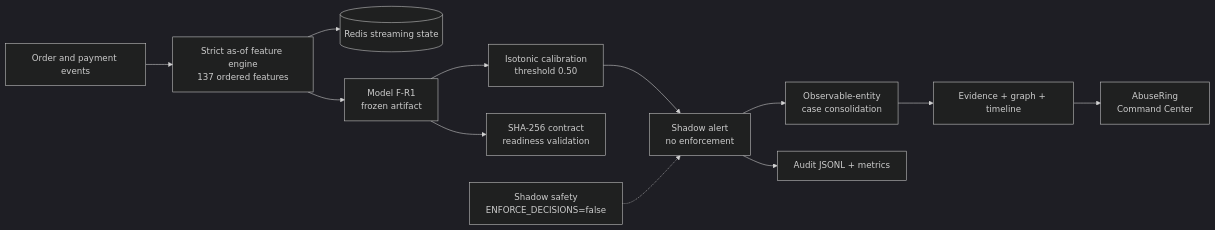
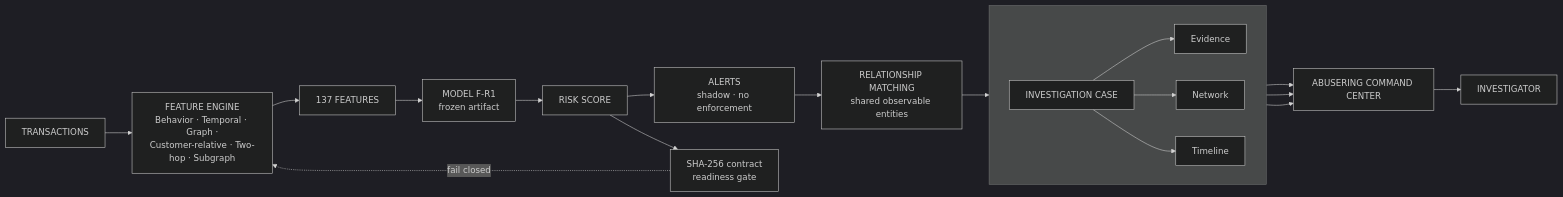
The first of 2 diagrams in ARCHITECTURE_PITCH.md (kg067823/abuse-ring-detector), drawn with Mermaid (dark theme) before and after one commit. The commit also changed other lines of this file and 11 other files, not shown here.

````diff
--- a/ARCHITECTURE_PITCH.md
+++ b/ARCHITECTURE_PITCH.md
@@ -15,14 +15,21 @@
 ```mermaid
 flowchart LR
-    E[Order and payment events] --> F[Strict as-of feature engine\n137 ordered features]
-    F --> R[(Redis streaming state)]
-    F --> M[Model F-R1\nfrozen artifact]
-    M --> C[Isotonic calibration\nthreshold 0.50]
-    C --> A[Shadow alert\nno enforcement]
-    A --> K[Observable-entity\ncase consolidation]
-    K --> X[Evidence + graph + timeline]
-    X --> U[AbuseRing\nCommand Center]
-    M --> L[SHA-256 contract\nreadiness validation]
-    A --> D[Audit JSONL + metrics]
-    S[Shadow safety\nENFORCE_DECISIONS=false] -.-> A
+    T[TRANSACTIONS] --> FE[FEATURE ENGINE<br/>Behavior · Temporal · Graph ·<br/>Customer-relative · Two-hop · Subgraph]
+    FE --> N[137 FEATURES]
+    N --> M[MODEL F-R1<br/>frozen artifact]
+    M --> S[RISK SCORE]
+    S --> A[ALERTS<br/>shadow · no enforcement]
+    A --> RM[RELATIONSHIP MATCHING<br/>shared observable entities]
+    RM --> C[INVESTIGATION CASE]
+    subgraph CASE[" "]
+        direction LR
+        C --> EV[Evidence]
+        C --> NW[Network]
+        C --> TL[Timeline]
+    end
+    EV --> UI[ABUSERING COMMAND CENTER]
+    NW --> UI
+    TL --> UI
+    UI --> IV[INVESTIGATOR]
+    S --> G[SHA-256 contract<br/>readiness gate] -.->|fail closed| FE
 ```
````
